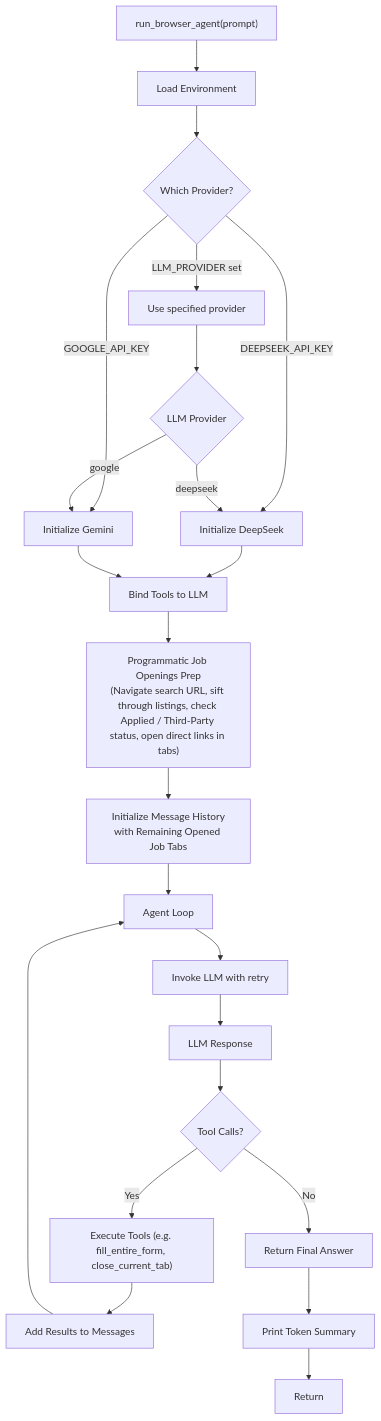
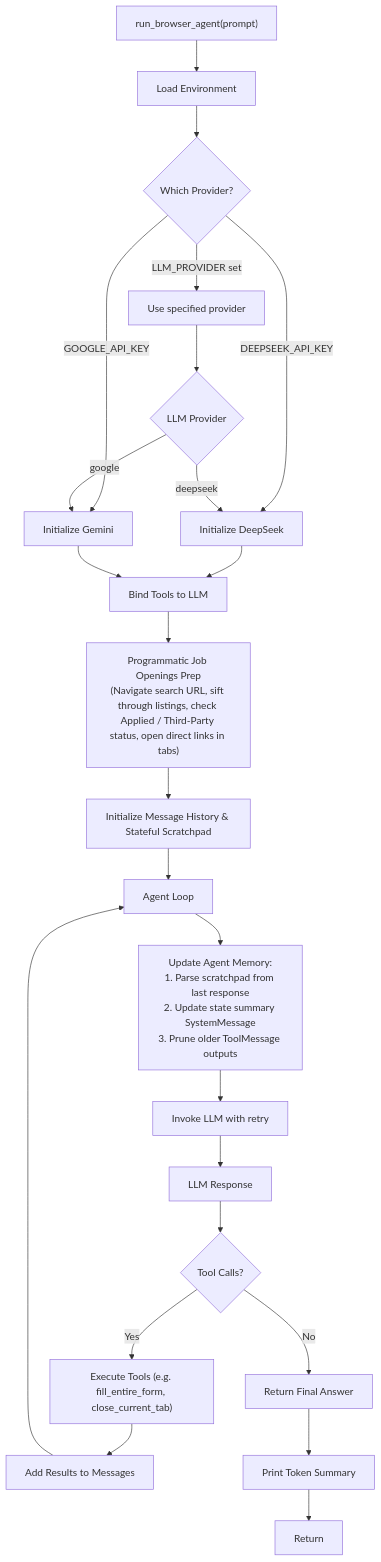
One commit to netosis/resume_automator changed the first of 10 diagrams in browser_agent/code_explanation/agent_demo.md. Above: the diagram before and after it, drawn with Mermaid. The commit also changed other lines of this file and 10 other files, not shown here.

Commit message:
Updated logging and added memory compression for the stateful agent memory

````diff
--- a/browser_agent/code_explanation/agent_demo.md
+++ b/browser_agent/code_explanation/agent_demo.md
@@ -9,26 +13,27 @@
 ```mermaid
 graph TD
     A["run_browser_agent(prompt)"] --> B["Load Environment"]
     B --> C{Which Provider?}
     C -->|LLM_PROVIDER set| D["Use specified provider"]
     C -->|DEEPSEEK_API_KEY| E["Initialize DeepSeek"]
     C -->|GOOGLE_API_KEY| F["Initialize Gemini"]
     D --> G{LLM Provider}
     G -->|deepseek| E
     G -->|google| F
     E --> H["Bind Tools to LLM"]
     F --> H
     
     H --> Prep["Programmatic Job Openings Prep<br/>(Navigate search URL, sift through listings, check Applied / Third-Party status, open direct links in tabs)"]
-    Prep --> I["Initialize Message History<br/>with Remaining Opened Job Tabs"]
+    Prep --> I["Initialize Message History & Stateful Scratchpad"]
     I --> J["Agent Loop"]
-    J --> K["Invoke LLM with retry"]
+    J --> Mem["Update Agent Memory:<br/>1. Parse scratchpad from last response<br/>2. Update state summary SystemMessage<br/>3. Prune older ToolMessage outputs"]
+    Mem --> K["Invoke LLM with retry"]
     K --> L["LLM Response"]
     L --> M{Tool Calls?}
     M -->|Yes| N["Execute Tools (e.g. fill_entire_form, close_current_tab)"]
     M -->|No| O["Return Final Answer"]
     N --> P["Add Results to Messages"]
     P --> J
     O --> Q["Print Token Summary"]
     Q --> R["Return"]
 ```
````
